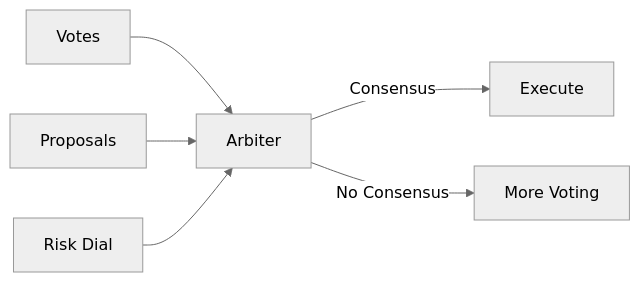
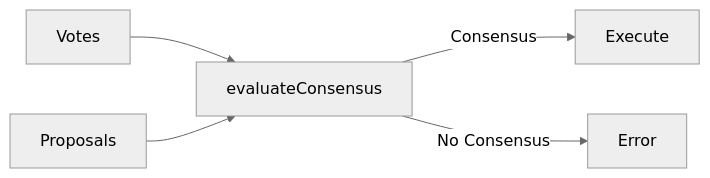
The diagram in website/docs/concepts/arbitration.md (eloquentanalytics/dialai), drawn with Mermaid (neutral theme) before and after one commit. The commit also changed other lines of this file and 46 other files, not shown here.

````diff
--- a/website/docs/concepts/arbitration.md
+++ b/website/docs/concepts/arbitration.md
@@ -13,8 +13,7 @@
 ```mermaid
 graph LR
-    V[Votes] --> A[Arbiter]
+    V[Votes] --> A[evaluateConsensus]
     P[Proposals] --> A
-    R[Risk Dial] --> A
     A --> |Consensus| E[Execute]
-    A --> |No Consensus| M[More Voting]
+    A --> |No Consensus| F[Error]
 ```
````
